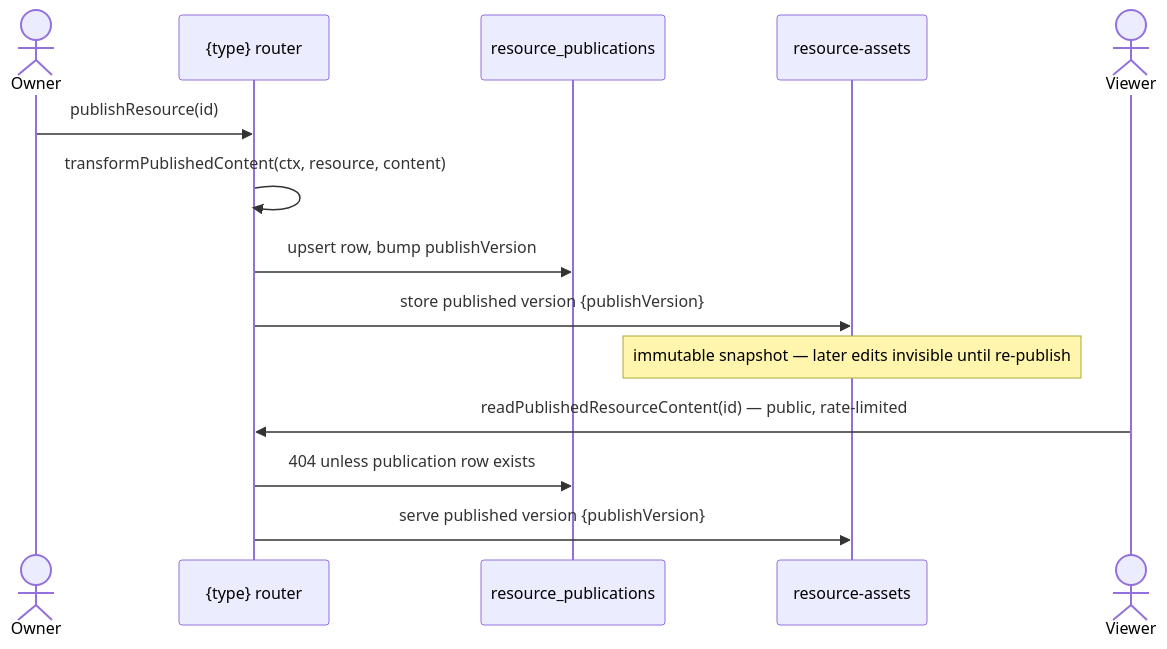
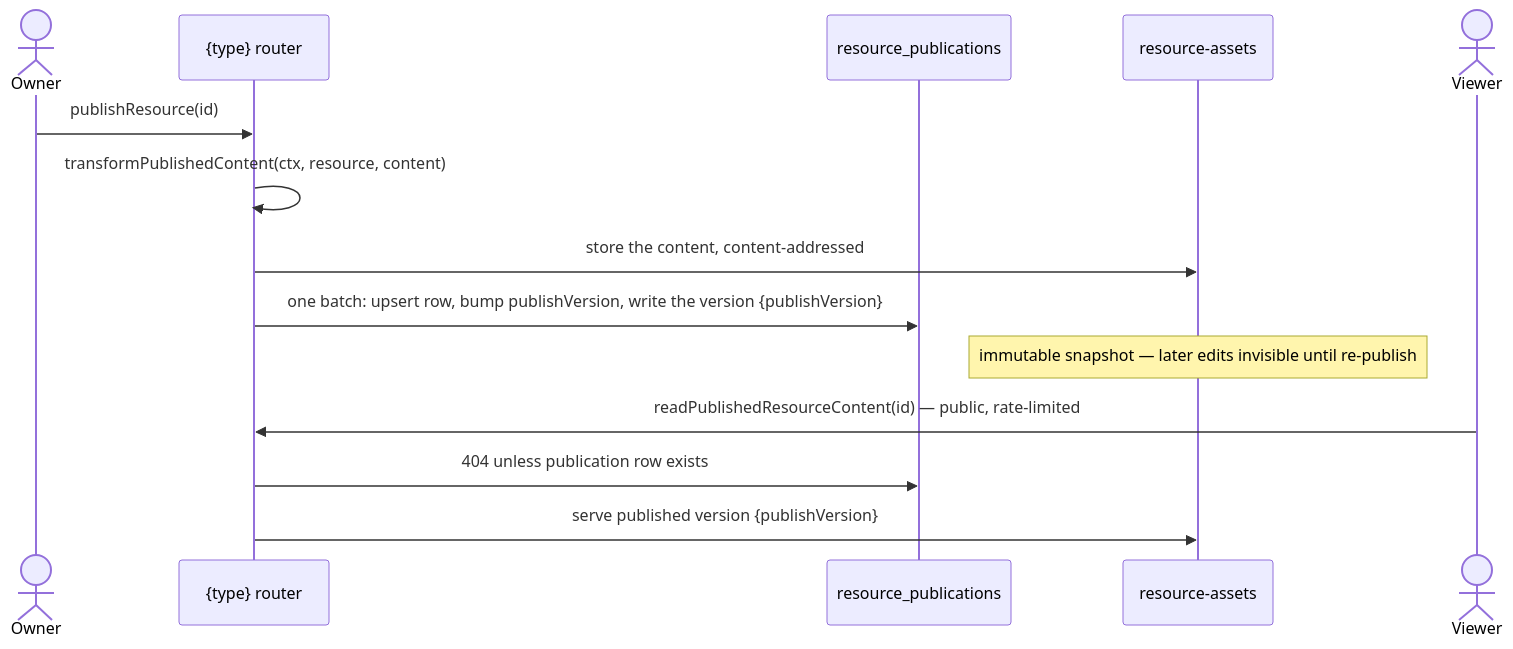
Before and after one commit to Esposter/Esposter: the diagram in openspec/specs/architecture/publishing/design.md, drawn with Mermaid. The commit also changed other lines of this file and 31 other files, not shown here.

````diff
--- a/openspec/specs/architecture/publishing/design.md
+++ b/openspec/specs/architecture/publishing/design.md
@@ -15,18 +15,18 @@
 ```mermaid
 sequenceDiagram
   actor Owner
   participant R as {type} router
   participant PG as resource_publications
   participant BLOB as resource-assets
 
   Owner->>R: publishResource(id)
   R->>R: transformPublishedContent(ctx, resource, content)
-  R->>PG: upsert row, bump publishVersion
-  R->>BLOB: store published version {publishVersion}
+  R->>BLOB: store the content, content-addressed
+  R->>PG: one batch: upsert row, bump publishVersion, write the version {publishVersion}
   Note over BLOB: immutable snapshot — later edits invisible until re-publish
 
   actor Viewer
   Viewer->>R: readPublishedResourceContent(id) — public, rate-limited
   R->>PG: 404 unless publication row exists
   R->>BLOB: serve published version {publishVersion}
 ```
````
